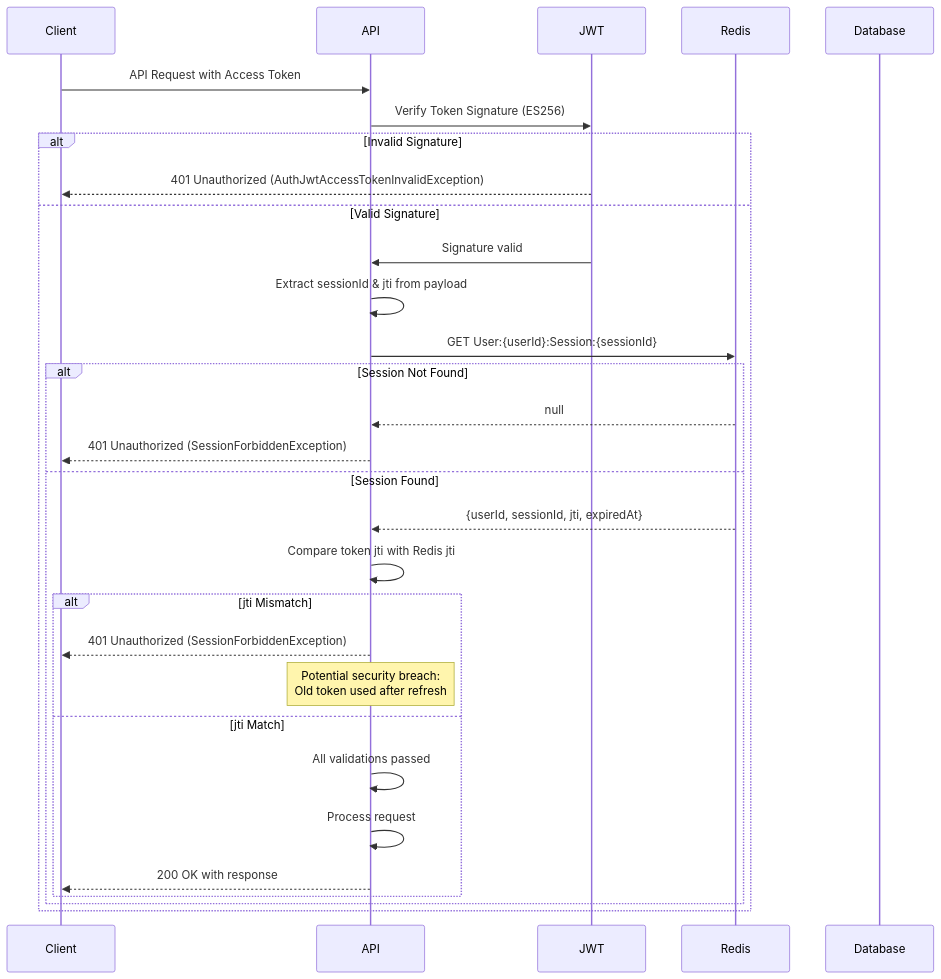
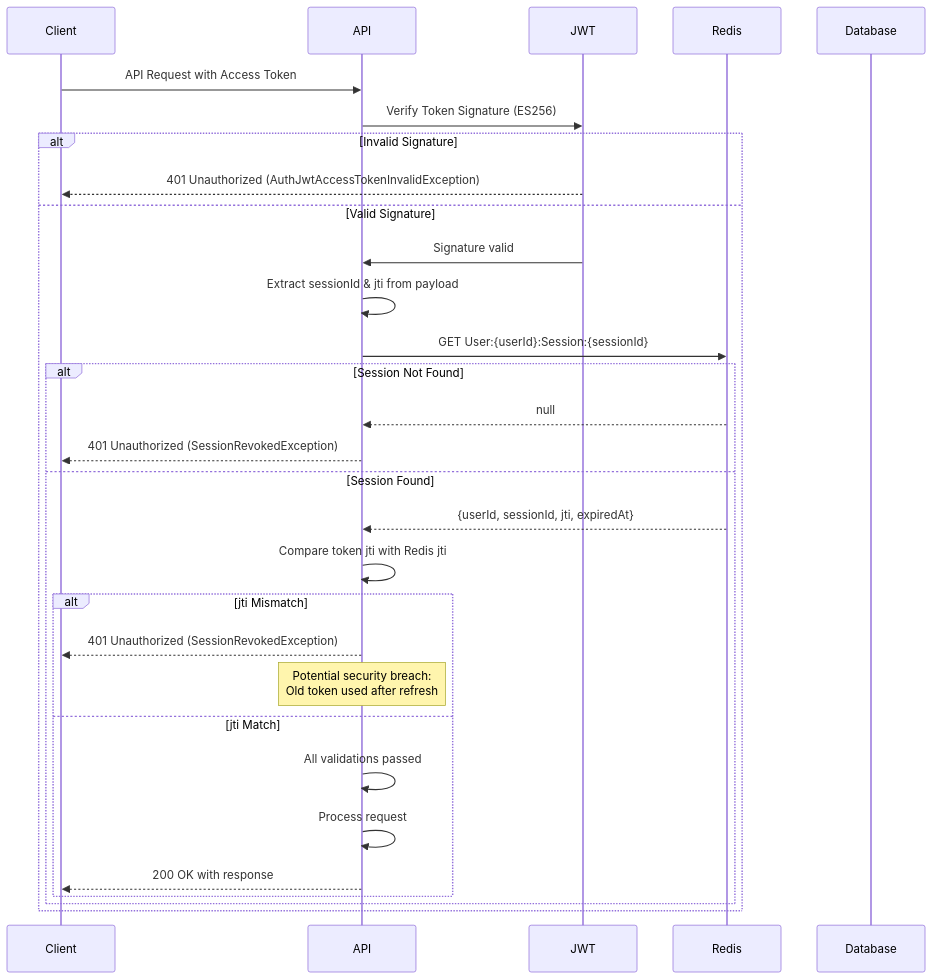
One commit to andrechristikan/ack-nestjs-boilerplate changed the tenth of 10 diagrams in docs/authentication.md. Above: the diagram before and after it, drawn with Mermaid. The commit also changed other lines of this file and 44 other files, not shown here.

Commit message:
fix(sweep): Close api-key hash, session revoked, ResponseFile media type, and typed Error items

````diff
--- a/docs/authentication.md
+++ b/docs/authentication.md
@@ -1333,39 +1333,39 @@
 ```mermaid
 sequenceDiagram
     participant Client
     participant API
     participant JWT
     participant Redis
     participant Database
 
     Client->>API: API Request with Access Token
     
     API->>JWT: Verify Token Signature (ES256)
     alt Invalid Signature
         JWT-->>Client: 401 Unauthorized (AuthJwtAccessTokenInvalidException)
     else Valid Signature
         JWT->>API: Signature valid
         
         API->>API: Extract sessionId & jti from payload
         
         API->>Redis: GET User:{userId}:Session:{sessionId}
         
         alt Session Not Found
             Redis-->>API: null
-            API-->>Client: 401 Unauthorized (SessionForbiddenException)
+            API-->>Client: 401 Unauthorized (SessionRevokedException)
         else Session Found
             Redis-->>API: {userId, sessionId, jti, expiredAt}
             
             API->>API: Compare token jti with Redis jti
             
             alt jti Mismatch
-                API-->>Client: 401 Unauthorized (SessionForbiddenException)
+                API-->>Client: 401 Unauthorized (SessionRevokedException)
                 Note over API: Potential security breach:<br/>Old token used after refresh
             else jti Match
                 API->>API: All validations passed
                 API->>API: Process request
                 API-->>Client: 200 OK with response
             end
         end
     end
 ```
````
